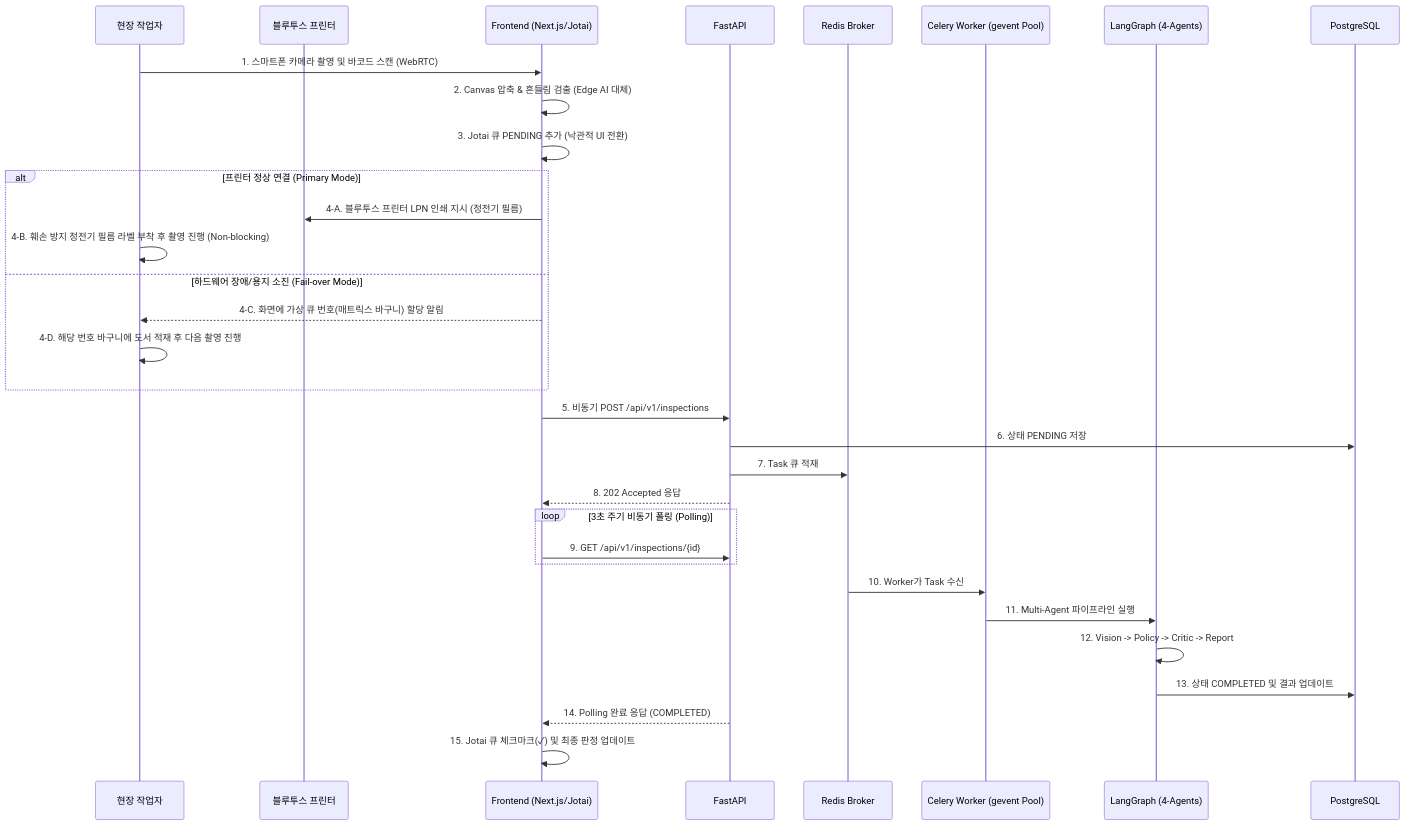
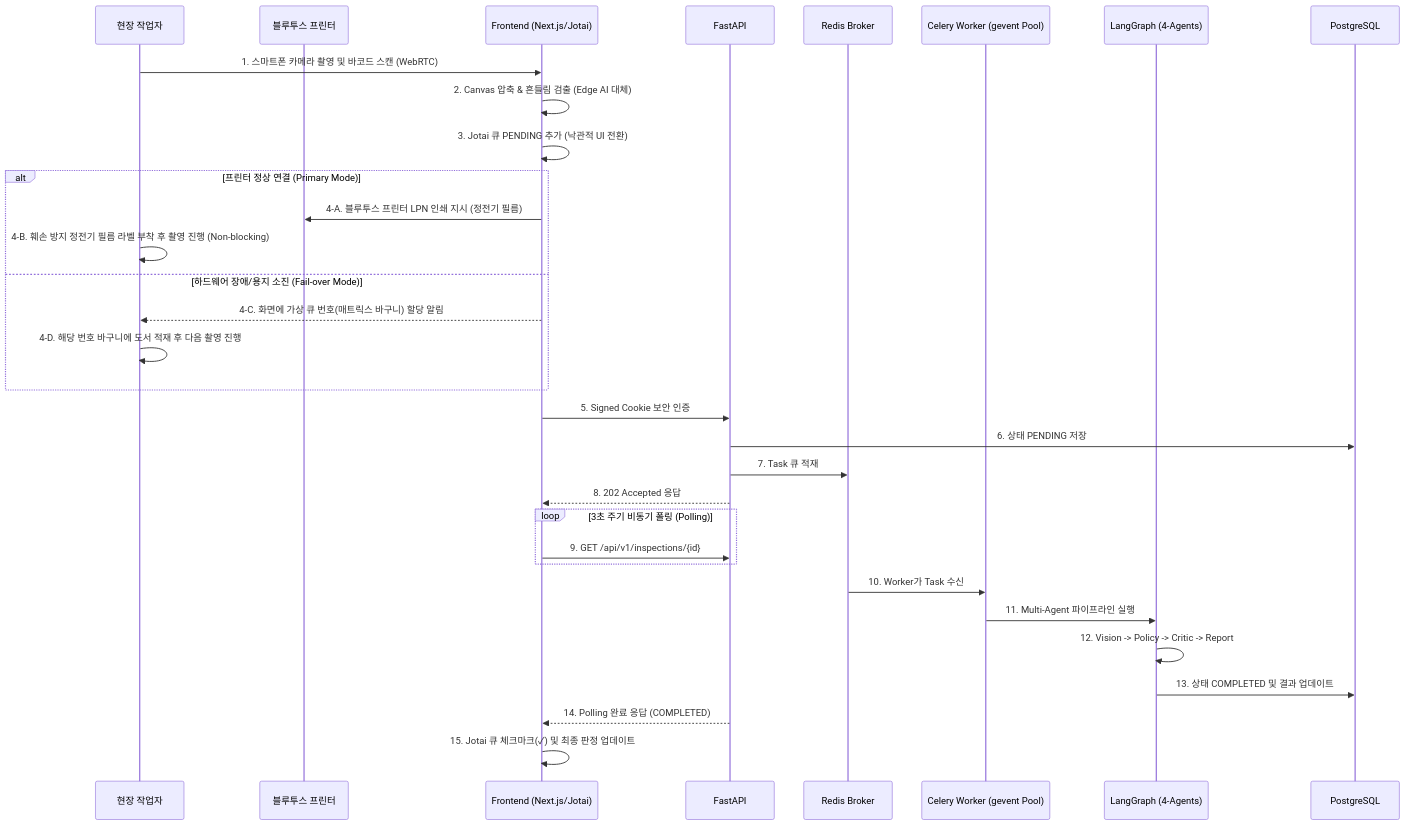
Before and after one commit to jmkyong9393/wms-secret-frontend: the first of 4 diagrams in docs/B2B_WMS_AI_Platform_워크플로우_ver1.4.2.0.md, drawn with Mermaid. The commit also changed other lines of this file and 54 other files, not shown here.

Commit message:
feat: initialize core WMS frontend application architecture, authentication, layout components, and service layers

````diff
--- a/docs/B2B_WMS_AI_Platform_워크플로우_ver1.4.2.0.md
+++ b/docs/B2B_WMS_AI_Platform_워크플로우_ver1.4.2.0.md
@@ -15,40 +15,40 @@
 ```mermaid
 sequenceDiagram
     participant Worker as 현장 작업자
     participant Printer as 블루투스 프린터
     participant FE as Frontend (Next.js/Jotai)
     participant BE as FastAPI
     participant Redis as Redis Broker
     participant Celery as Celery Worker (gevent Pool)
     participant Graph as LangGraph (4-Agents)
     participant DB as PostgreSQL
 
     Worker->>FE: 1. 스마트폰 카메라 촬영 및 바코드 스캔 (WebRTC)
     FE->>FE: 2. Canvas 압축 & 흔들림 검출 (Edge AI 대체)
     FE->>FE: 3. Jotai 큐 PENDING 추가 (낙관적 UI 전환)
     
     alt 프린터 정상 연결 (Primary Mode)
         FE->>Printer: 4-A. 블루투스 프린터 LPN 인쇄 지시 (정전기 필름)
         Worker->>Worker: 4-B. 훼손 방지 정전기 필름 라벨 부착 후 촬영 진행 (Non-blocking)
     else 하드웨어 장애/용지 소진 (Fail-over Mode)
         FE-->>Worker: 4-C. 화면에 가상 큐 번호(매트릭스 바구니) 할당 알림
         Worker->>Worker: 4-D. 해당 번호 바구니에 도서 적재 후 다음 촬영 진행
     end
     
-    FE->>BE: 5. 비동기 POST /api/v1/inspections
+    FE->>BE: 5. Signed Cookie 보안 인증
     BE->>DB: 6. 상태 PENDING 저장
     BE->>Redis: 7. Task 큐 적재
     BE-->>FE: 8. 202 Accepted 응답
     
     loop 3초 주기 비동기 폴링 (Polling)
         FE->>BE: 9. GET /api/v1/inspections/{id}
     end
     
     Redis->>Celery: 10. Worker가 Task 수신
     Celery->>Graph: 11. Multi-Agent 파이프라인 실행
     Graph->>Graph: 12. Vision -> Policy -> Critic -> Report
     Graph->>DB: 13. 상태 COMPLETED 및 결과 업데이트
     
     BE-->>FE: 14. Polling 완료 응답 (COMPLETED)
     FE->>FE: 15. Jotai 큐 체크마크(✓) 및 최종 판정 업데이트
 ```
````
